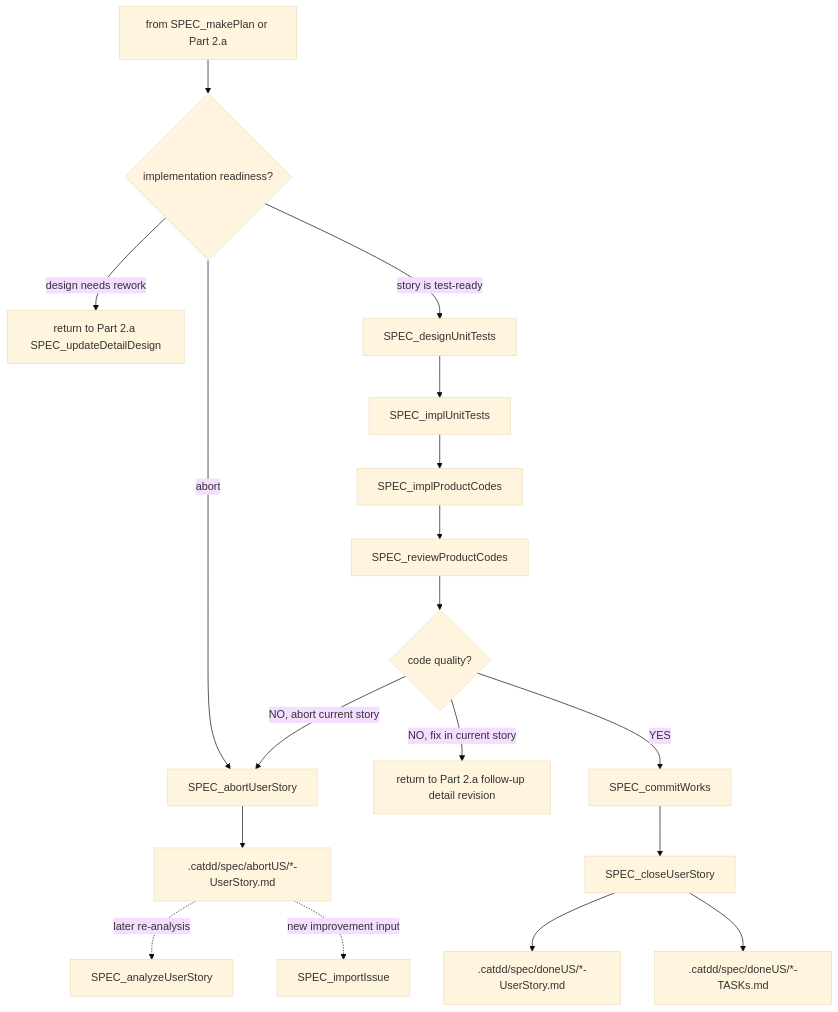
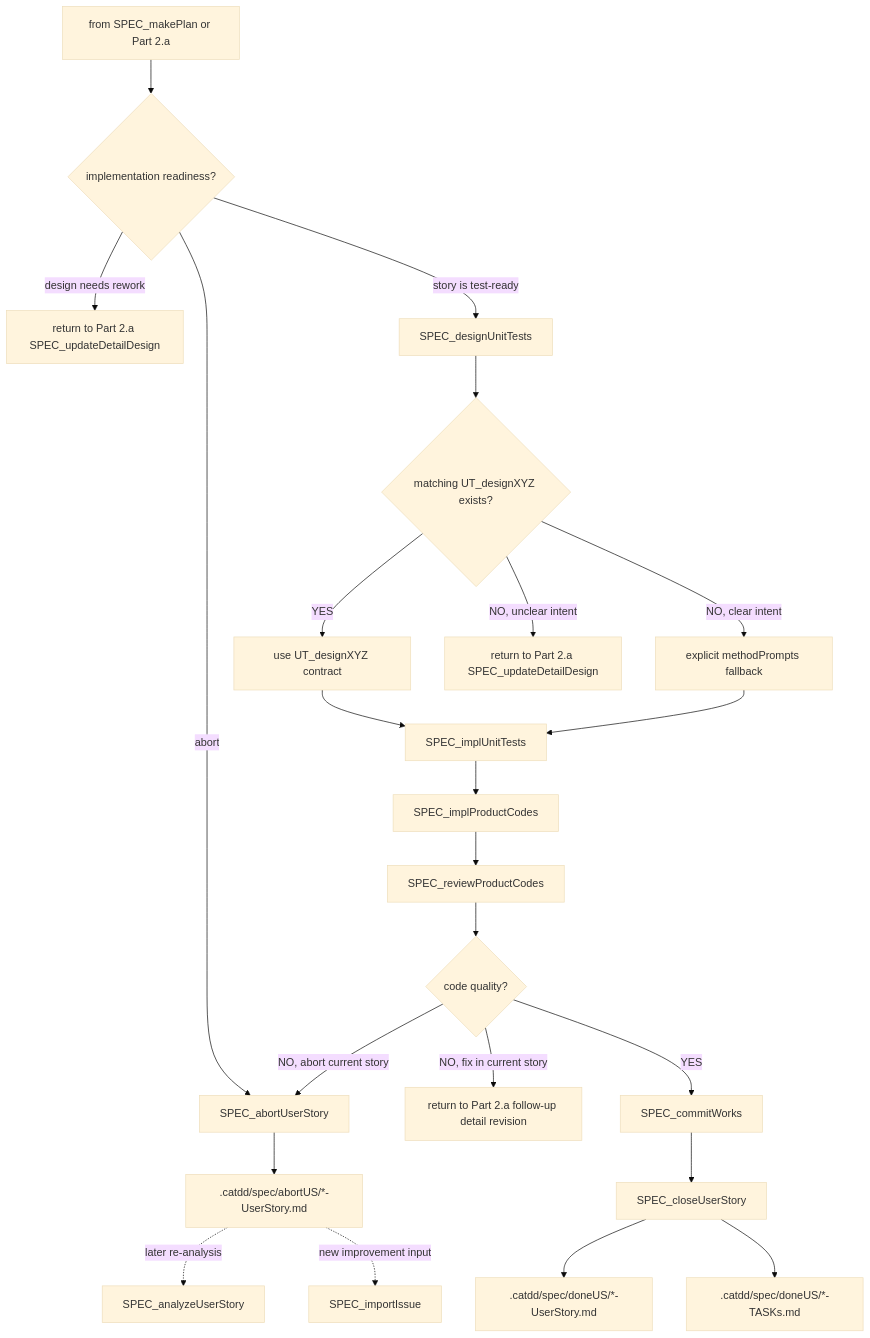
The third of 3 diagrams in slashCommands/flows/Px-SpecFlow.md (EnigmaWU/MyCaTDD), drawn with Mermaid (base theme) before and after one commit. The commit also changed other lines of this file and 5 other files, not shown here.

````diff
--- a/slashCommands/flows/Px-SpecFlow.md
+++ b/slashCommands/flows/Px-SpecFlow.md
@@ -238,22 +240,27 @@
 ```mermaid
 flowchart TB
     Part2b["from SPEC_makePlan or Part 2.a"] --> ImplementationChoice{"implementation readiness?"}
     ImplementationChoice -- "design needs rework" --> ReviewStoryRef["return to Part 2.a SPEC_updateDetailDesign"]
     ImplementationChoice -- "abort" --> Abort2b["SPEC_abortUserStory"]
     ImplementationChoice -- "story is test-ready" --> DesignTests["SPEC_designUnitTests"]
 
-    DesignTests --> ImplTests["SPEC_implUnitTests"]
+    DesignTests --> UTDesign{"matching UT_designXYZ exists?"}
+    UTDesign -- "YES" --> CategoryDesign["use UT_designXYZ contract"]
+    UTDesign -- "NO, clear intent" --> MethodFallback["explicit methodPrompts fallback"]
+    UTDesign -- "NO, unclear intent" --> DetailGap["return to Part 2.a SPEC_updateDetailDesign"]
+    CategoryDesign --> ImplTests["SPEC_implUnitTests"]
+    MethodFallback --> ImplTests
     ImplTests --> ImplCode["SPEC_implProductCodes"]
     ImplCode --> ReviewCode["SPEC_reviewProductCodes"]
     ReviewCode --> QualityCode{"code quality?"}
 
     QualityCode -- "NO, fix in current story" --> DesignRework["return to Part 2.a follow-up detail revision"]
     QualityCode -- "NO, abort current story" --> Abort2b
     QualityCode -- "YES" --> Commit["SPEC_commitWorks"]
     Commit --> Close["SPEC_closeUserStory"]
     Close --> Done[".catdd/spec/doneUS/*-UserStory.md"]
     Close --> DoneTasks[".catdd/spec/doneUS/*-TASKs.md"]
     Abort2b --> AbortUS2b[".catdd/spec/abortUS/*-UserStory.md"]
     AbortUS2b -. "later re-analysis" .-> AnalyzeAbort2b["SPEC_analyzeUserStory"]
     AbortUS2b -. "new improvement input" .-> ImportIssue2b["SPEC_importIssue"]
 ```
````
